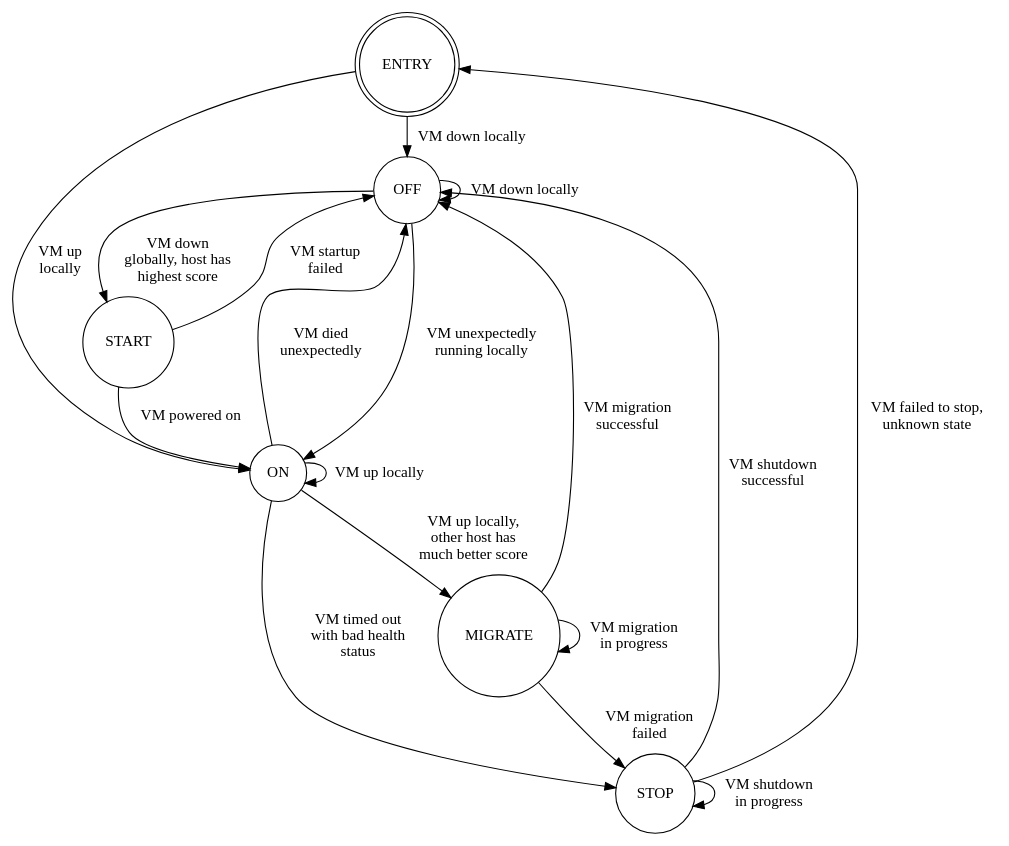
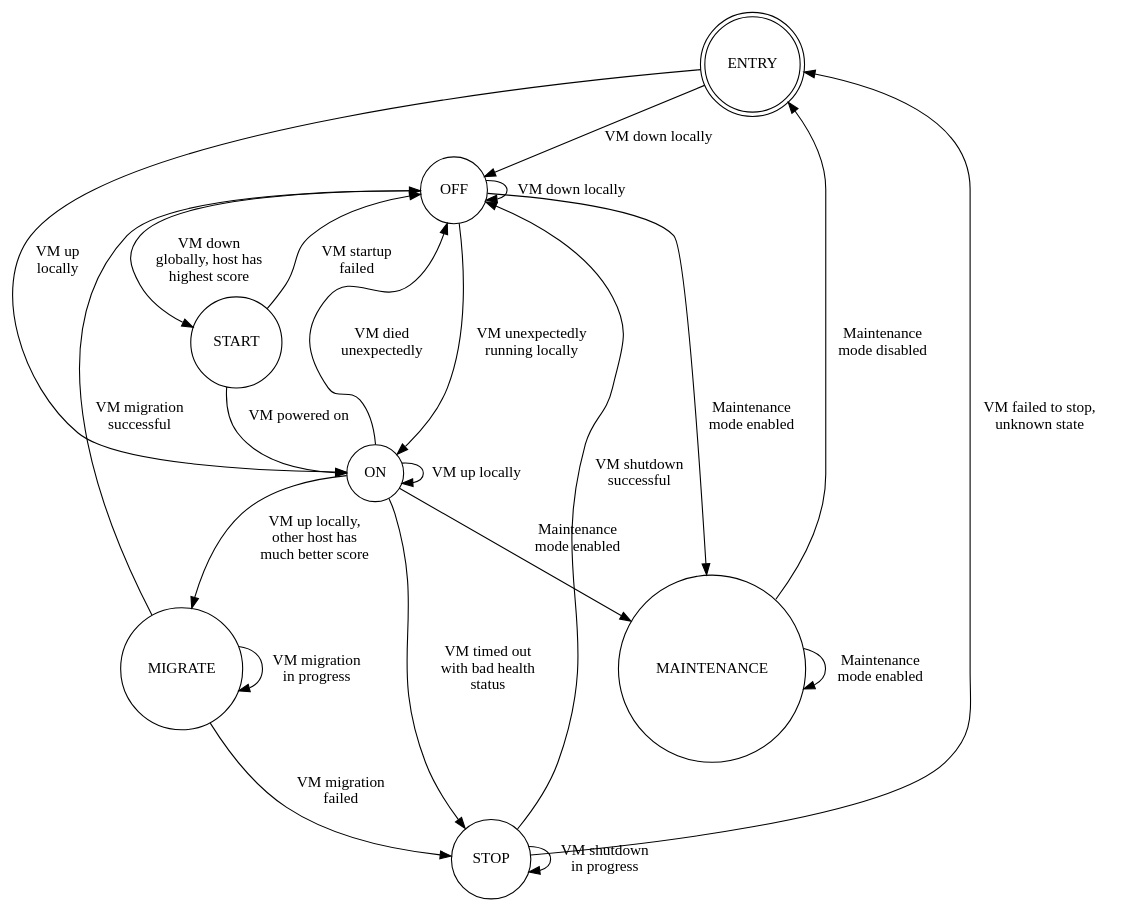
The diagram in doc/agent-fsm.gv (oVirt/ovirt-hosted-engine-ha), drawn with Graphviz before and after one commit. The commit also changed 6 other files, not shown here.

```diff
--- a/doc/agent-fsm.gv
+++ b/doc/agent-fsm.gv
@@ -1,39 +1,44 @@
 /**
  * This file contains the source for a graphviz FSM diagram of the HA agent
  * state machine.  To create an image, fsm.png in this case, run the following:
  *
  *   dot agent-fsm.gv -Tpng -o fsm.png
  *
  * A copy of the latest diagram should be available at:
  *
  *   http://www.ovirt.org/Features/Self_Hosted_Engine#Agent_State_Diagram
  */
 
 digraph finite_state_machine {
     ranksep = 0.3;
     node [shape = doublecircle]; ENTRY;
     node [shape = circle]; OFF START ON STOP MIGRATE;
 
     ENTRY -> OFF [ label = "VM down locally" ];
     ENTRY -> ON [ label = "VM up  \nlocally  " ];
 
     OFF -> OFF [ label = "VM down locally" ];
     OFF -> ON [ label = "VM unexpectedly  \nrunning locally  " ];
     OFF -> START [ label = "VM down  \nglobally, host has  \nhighest score  " ];
+    OFF -> MAINTENANCE [ label = "Maintenance\nmode enabled" ];
 
     START -> OFF [ label = "VM startup  \nfailed  " ];
     START -> ON [ label = "VM powered on" ];
 
     ON -> ON [ label = "VM up locally" ];
     ON -> OFF [ label = "VM died  \nunexpectedly  " ];
     ON -> MIGRATE [ label = "VM up locally,  \nother host has  \nmuch better score  " ];
     ON -> STOP [ label = "VM timed out  \nwith bad health  \nstatus  " ];
+    ON -> MAINTENANCE [ label = "Maintenance\nmode enabled" ];
 
     STOP -> STOP [ label = "VM shutdown\nin progress" ];
     STOP -> OFF [ label = "VM shutdown\nsuccessful" ];
     STOP -> ENTRY [ label = "VM failed to stop,\nunknown state" ];
 
     MIGRATE -> MIGRATE [ label = "VM migration\nin progress" ];
     MIGRATE -> OFF [ label = "VM migration\nsuccessful" ];
     MIGRATE -> STOP [ label = "VM migration\nfailed" ];
+
+    MAINTENANCE -> MAINTENANCE [ label = "Maintenance\nmode enabled" ];
+    MAINTENANCE -> ENTRY [ label = "Maintenance\nmode disabled" ];
 }
```
